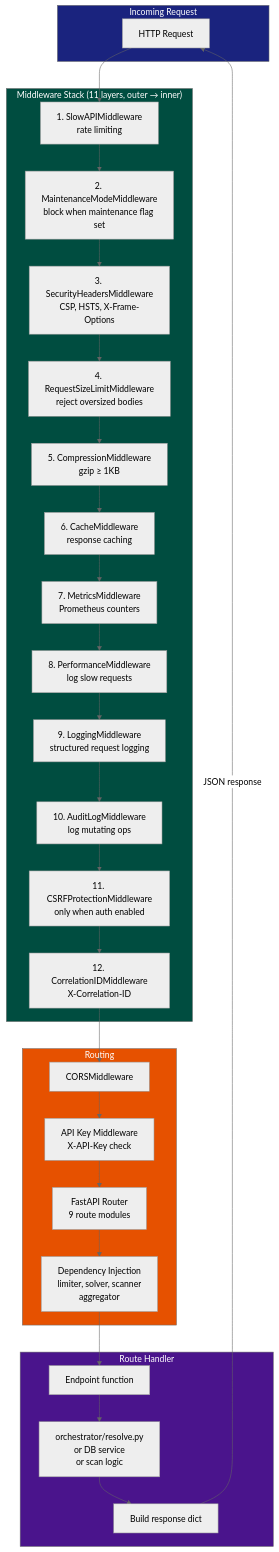
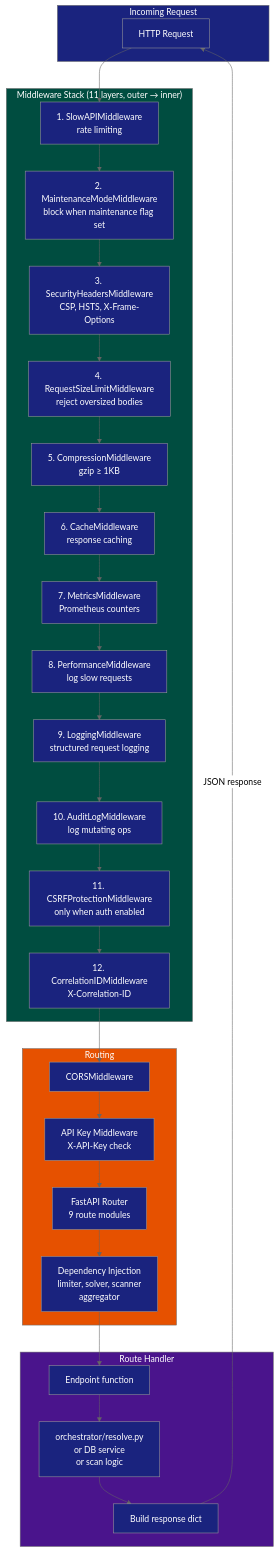
The diagram in docs/API.md (code-with-zeeshan/universal-dependency-resolver), drawn with Mermaid (neutral theme) before and after one commit. The commit also changed 9 other files, not shown here.

First line of the commit message:
docs: fix mermaid lightbox sizing, white box labels, dedupe header badges

````diff
--- a/docs/API.md
+++ b/docs/API.md
@@ -61,60 +61,63 @@
 ```mermaid
 flowchart TD
     subgraph INCOMING["Incoming Request"]
         REQ["HTTP Request"]
     end
 
     subgraph MIDDLEWARE["Middleware Stack (11 layers, outer → inner)"]
         SLOWAPI["1. SlowAPIMiddleware<br/>rate limiting"]
         MAINT["2. MaintenanceModeMiddleware<br/>block when maintenance flag set"]
         SEC["3. SecurityHeadersMiddleware<br/>CSP, HSTS, X-Frame-Options"]
         SIZE["4. RequestSizeLimitMiddleware<br/>reject oversized bodies"]
         COMP["5. CompressionMiddleware<br/>gzip ≥ 1KB"]
         CACHE["6. CacheMiddleware<br/>response caching"]
         METRICS["7. MetricsMiddleware<br/>Prometheus counters"]
         PERF["8. PerformanceMiddleware<br/>log slow requests"]
         LOG["9. LoggingMiddleware<br/>structured request logging"]
         AUDIT["10. AuditLogMiddleware<br/>log mutating ops"]
         CSRF["11. CSRFProtectionMiddleware<br/>only when auth enabled"]
         CORR["12. CorrelationIDMiddleware<br/>X-Correlation-ID"]
     end
 
     subgraph ROUTING["Routing"]
         CORS["CORSMiddleware"]
         APIKEY["API Key Middleware<br/>X-API-Key check"]
         ROUTER["FastAPI Router<br/>9 route modules"]
         DI["Dependency Injection<br/>limiter, solver, scanner<br/>aggregator"]
     end
 
     subgraph HANDLER["Route Handler"]
         HAND["Endpoint function"]
         ORCH["orchestrator/resolve.py<br/>or DB service<br/>or scan logic"]
         RESULT["Build response dict"]
     end
 
     REQ --> SLOWAPI
     SLOWAPI --> MAINT
     MAINT --> SEC
     SEC --> SIZE
     SIZE --> COMP
     COMP --> CACHE
     CACHE --> METRICS
     METRICS --> PERF
     PERF --> LOG
     LOG --> AUDIT
     AUDIT --> CSRF
     CSRF --> CORR
     CORR --> CORS
     CORS --> APIKEY
     APIKEY --> ROUTER
     ROUTER --> DI
     DI --> HAND
     HAND --> ORCH
     ORCH --> RESULT
     RESULT -->|"JSON response"| REQ
 
     style INCOMING fill:#1a237e,color:#fff
     style MIDDLEWARE fill:#004d40,color:#fff
     style ROUTING fill:#e65100,color:#fff
     style HANDLER fill:#4a148c,color:#fff
+
+    classDef box fill:#1a237e,color:#fff
+    class REQ,SLOWAPI,MAINT,SEC,SIZE,COMP,CACHE,METRICS,PERF,LOG,AUDIT,CSRF,CORR,CORS,APIKEY,ROUTER,DI,HAND,ORCH,RESULT box
 ```
````
